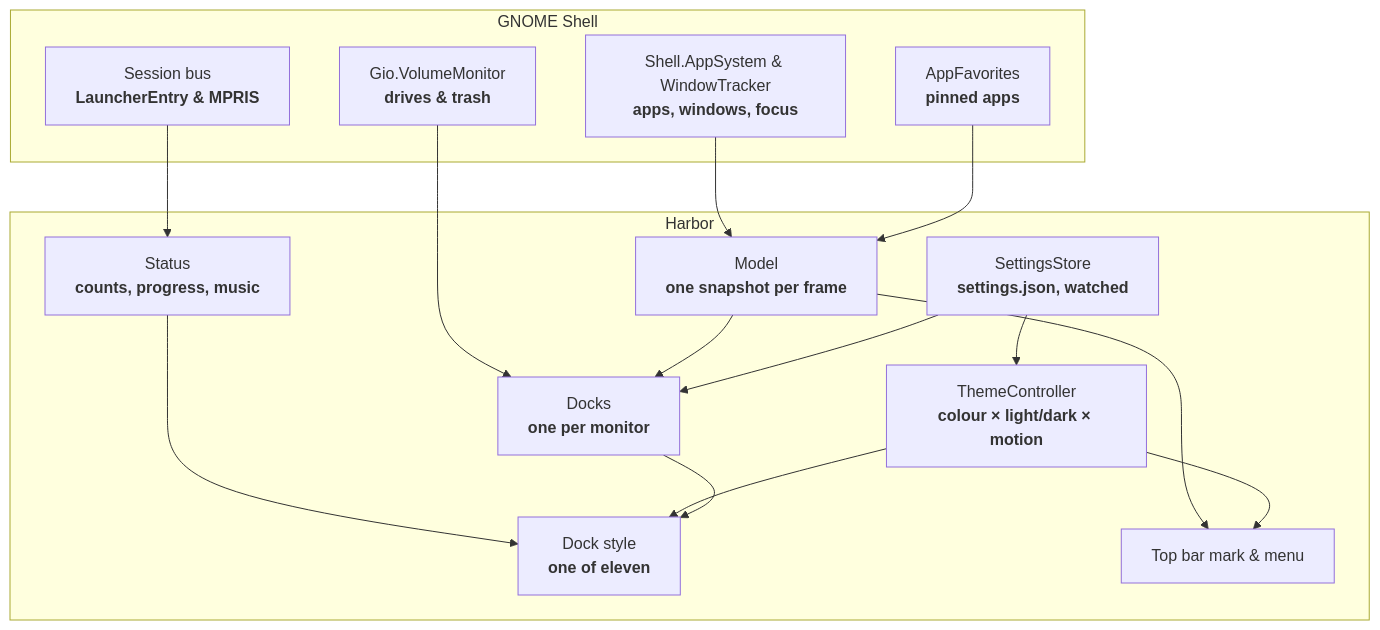
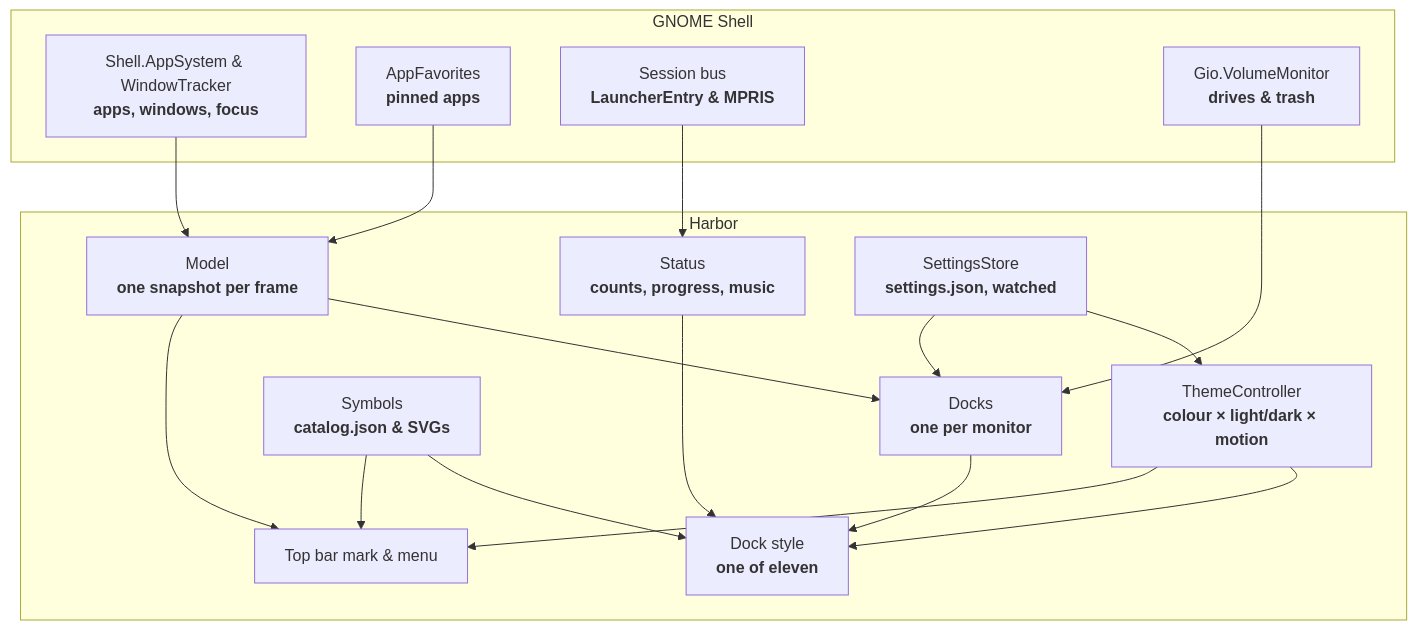
The diagram in README.md (tomsliikee/harbor), drawn with Mermaid before and after one commit. The commit also changed other lines of this file and 6 other files, not shown here.

````diff
--- a/README.md
+++ b/README.md
@@ -190,32 +208,35 @@
 ```mermaid
 flowchart TD
     subgraph Shell ["GNOME Shell"]
         Apps["Shell.AppSystem & WindowTracker<br/><b>apps, windows, focus</b>"]
         Favs["AppFavorites<br/><b>pinned apps</b>"]
         Bus["Session bus<br/><b>LauncherEntry & MPRIS</b>"]
         Vol["Gio.VolumeMonitor<br/><b>drives & trash</b>"]
     end
 
     subgraph Harbor ["Harbor"]
         Model["Model<br/><b>one snapshot per frame</b>"]
         Status["Status<br/><b>counts, progress, music</b>"]
         Theme["ThemeController<br/><b>colour × light/dark × motion</b>"]
         Settings["SettingsStore<br/><b>settings.json, watched</b>"]
+        Symbols["Symbols<br/><b>catalog.json & SVGs</b>"]
         Docks["Docks<br/><b>one per monitor</b>"]
         Style["Dock style<br/><b>one of eleven</b>"]
         Top["Top bar mark & menu"]
     end
 
     Apps --> Model
     Favs --> Model
     Bus --> Status
     Vol --> Docks
     Model --> Docks
     Model --> Top
     Status --> Style
     Settings --> Theme
     Settings --> Docks
     Theme --> Style
     Theme --> Top
     Docks --> Style
+    Symbols --> Style
+    Symbols --> Top
 ```
````
